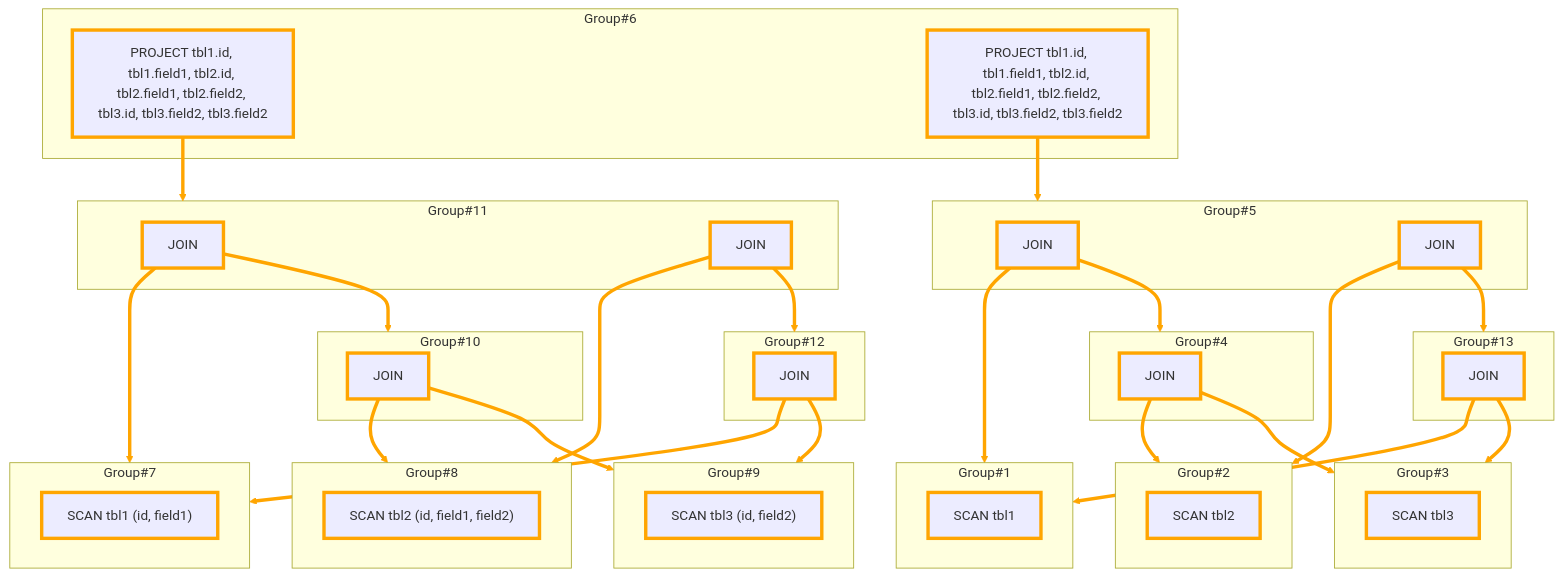
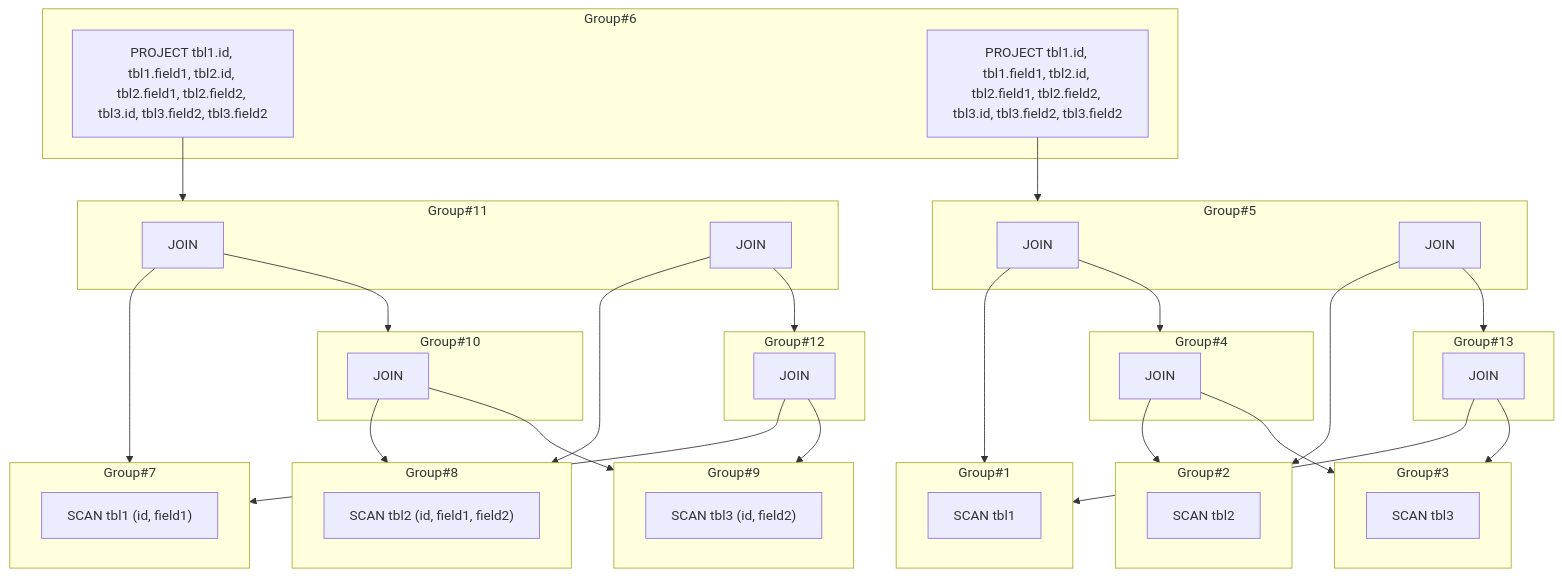
One commit to tuannh982/query-planner-guide changed the eighth of 11 diagrams in README.md. Above: the diagram before and after it, drawn with Mermaid. The commit also changed other lines of this file, not shown here.

````diff
--- a/README.md
+++ b/README.md
@@ -355,38 +344,4 @@
     end
     Expr#12 --> Group#11
     Expr#6 --> Group#5
-    style Expr#3 stroke-width: 4px, stroke: orange
-    style Expr#12 stroke-width: 4px, stroke: orange
-    style Expr#4 stroke-width: 4px, stroke: orange
-    style Expr#13 stroke-width: 4px, stroke: orange
-    style Expr#5 stroke-width: 4px, stroke: orange
-    style Expr#14 stroke-width: 4px, stroke: orange
-    style Expr#6 stroke-width: 4px, stroke: orange
-    style Expr#15 stroke-width: 4px, stroke: orange
-    style Expr#7 stroke-width: 4px, stroke: orange
-    style Expr#16 stroke-width: 4px, stroke: orange
-    style Expr#1 stroke-width: 4px, stroke: orange
-    style Expr#8 stroke-width: 4px, stroke: orange
-    style Expr#10 stroke-width: 4px, stroke: orange
-    style Expr#2 stroke-width: 4px, stroke: orange
-    style Expr#9 stroke-width: 4px, stroke: orange
-    style Expr#11 stroke-width: 4px, stroke: orange
-    linkStyle 0 stroke-width: 4px, stroke: orange
-    linkStyle 15 stroke-width: 4px, stroke: orange
-    linkStyle 9 stroke-width: 4px, stroke: orange
-    linkStyle 1 stroke-width: 4px, stroke: orange
-    linkStyle 16 stroke-width: 4px, stroke: orange
-    linkStyle 2 stroke-width: 4px, stroke: orange
-    linkStyle 17 stroke-width: 4px, stroke: orange
-    linkStyle 3 stroke-width: 4px, stroke: orange
-    linkStyle 10 stroke-width: 4px, stroke: orange
-    linkStyle 4 stroke-width: 4px, stroke: orange
-    linkStyle 11 stroke-width: 4px, stroke: orange
-    linkStyle 12 stroke-width: 4px, stroke: orange
-    linkStyle 13 stroke-width: 4px, stroke: orange
-    linkStyle 5 stroke-width: 4px, stroke: orange
-    linkStyle 6 stroke-width: 4px, stroke: orange
-    linkStyle 7 stroke-width: 4px, stroke: orange
-    linkStyle 14 stroke-width: 4px, stroke: orange
-    linkStyle 8 stroke-width: 4px, stroke: orange
 ```
````
